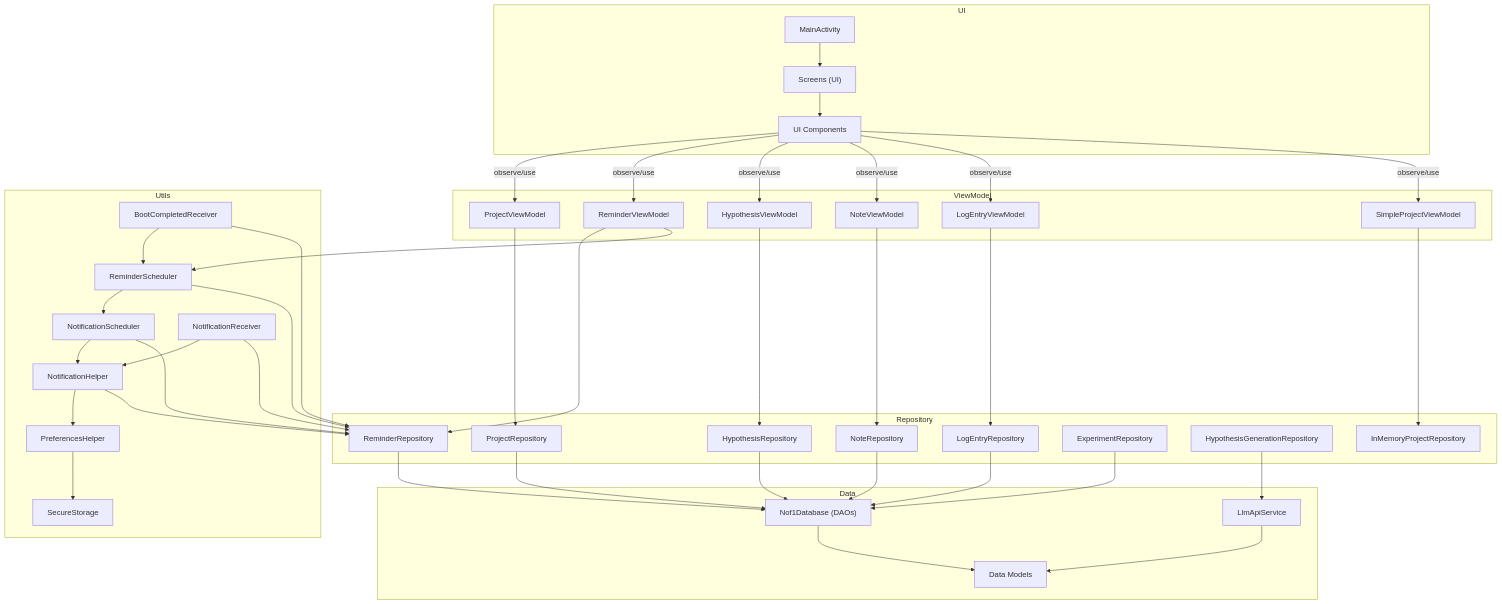
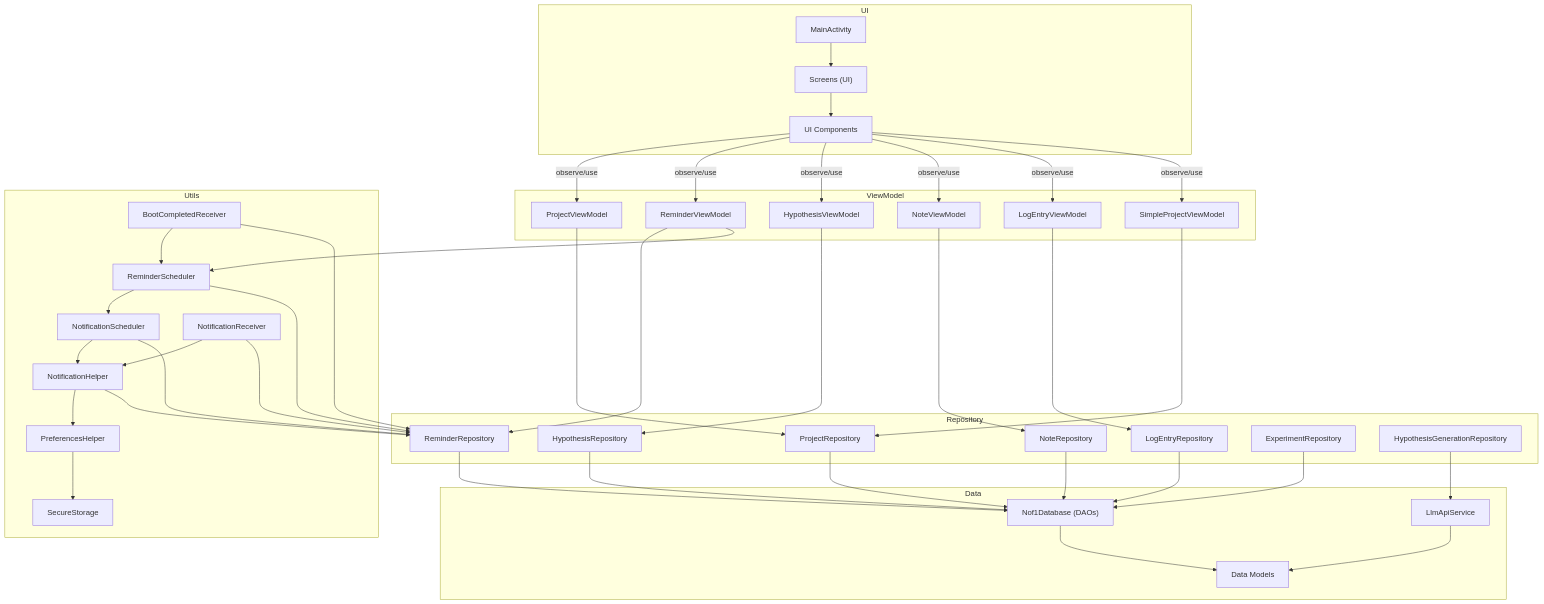
One commit to ZacCarrico/nof1 changed the diagram in README.md. Above: the diagram before and after it, drawn with Mermaid. The commit also changed 1 other file, not shown here.

Commit message:
remove InMemoryProjectRepository.kt and references to it

````diff
--- a/README.md
+++ b/README.md
@@ -65,75 +65,74 @@
 ```mermaid
 flowchart TD
     subgraph UI
         MainActivity
         Screens["Screens (UI)"]
         Components["UI Components"]
     end
     subgraph ViewModel
         ProjectVM["ProjectViewModel"]
         ReminderVM["ReminderViewModel"]
         HypothesisVM["HypothesisViewModel"]
         NoteVM["NoteViewModel"]
         LogEntryVM["LogEntryViewModel"]
         SimpleProjectVM["SimpleProjectViewModel"]
     end
     subgraph Repository
         ProjectRepo["ProjectRepository"]
         ReminderRepo["ReminderRepository"]
         HypothesisRepo["HypothesisRepository"]
         NoteRepo["NoteRepository"]
         LogEntryRepo["LogEntryRepository"]
         ExperimentRepo["ExperimentRepository"]
         HypothesisGenRepo["HypothesisGenerationRepository"]
-        InMemoryProjectRepo["InMemoryProjectRepository"]
     end
     subgraph Data
         LocalDB["Nof1Database (DAOs)"]
         Models["Data Models"]
         ApiService["LlmApiService"]
     end
     subgraph Utils
         ReminderScheduler
         NotificationScheduler
         NotificationHelper
         PreferencesHelper
         SecureStorage
         NotificationReceiver
         BootCompletedReceiver
     end
     MainActivity --> Screens
     Screens --> Components
     Components -->|"observe/use"| ProjectVM
     Components -->|"observe/use"| ReminderVM
     Components -->|"observe/use"| HypothesisVM
     Components -->|"observe/use"| NoteVM
     Components -->|"observe/use"| LogEntryVM
     Components -->|"observe/use"| SimpleProjectVM
     ProjectVM --> ProjectRepo
     ReminderVM --> ReminderRepo
     HypothesisVM --> HypothesisRepo
     NoteVM --> NoteRepo
     LogEntryVM --> LogEntryRepo
-    SimpleProjectVM --> InMemoryProjectRepo
+    SimpleProjectVM --> ProjectRepo
     ProjectRepo --> LocalDB
     ReminderRepo --> LocalDB
     HypothesisRepo --> LocalDB
     NoteRepo --> LocalDB
     LogEntryRepo --> LocalDB
     ExperimentRepo --> LocalDB
     HypothesisGenRepo --> ApiService
     LocalDB --> Models
     ApiService --> Models
     ReminderScheduler --> NotificationScheduler
     NotificationScheduler --> NotificationHelper
     NotificationHelper --> PreferencesHelper
     PreferencesHelper --> SecureStorage
     NotificationReceiver --> NotificationHelper
     BootCompletedReceiver --> ReminderScheduler
     ReminderVM --> ReminderScheduler
     ReminderScheduler --> ReminderRepo
     NotificationScheduler --> ReminderRepo
     NotificationHelper --> ReminderRepo
     NotificationReceiver --> ReminderRepo
     BootCompletedReceiver --> ReminderRepo
 ```
````
